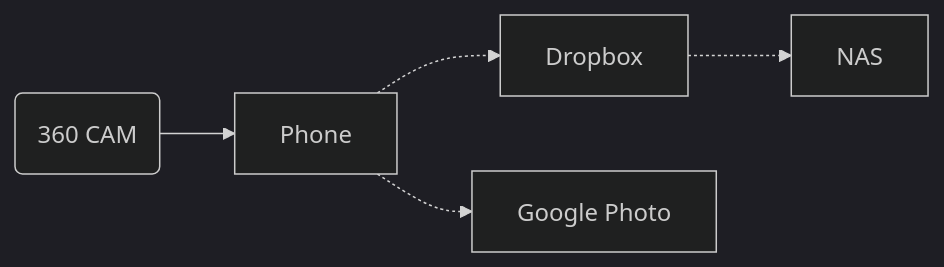
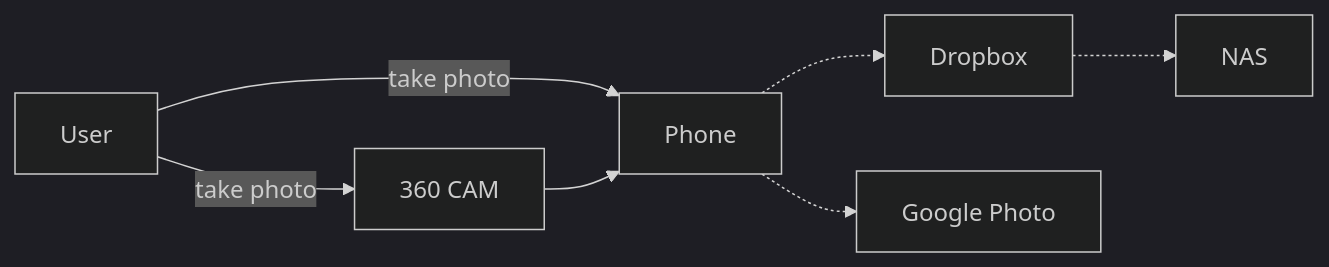
The first of 6 diagrams in source/_posts/personal-automation-in-2017.md (gasolin/blog), drawn with Mermaid (dark theme) before and after one commit. The commit also changed other lines of this file, not shown here.

Commit message:
add user as start point

```diff
--- a/source/_posts/personal-automation-in-2017.md
+++ b/source/_posts/personal-automation-in-2017.md
@@ -18,7 +18,10 @@
 {% mermaid %}
 graph LR
-cam(360 CAM) --> Phone
+cam[360 CAM]
+User -- take photo --> cam
+User -- take photo --> Phone
+cam --> Phone
 Phone -.-> Dropbox
 Phone -.-> gphoto[Google Photo]
 Dropbox -.-> NAS
 {% endmermaid %}
```
